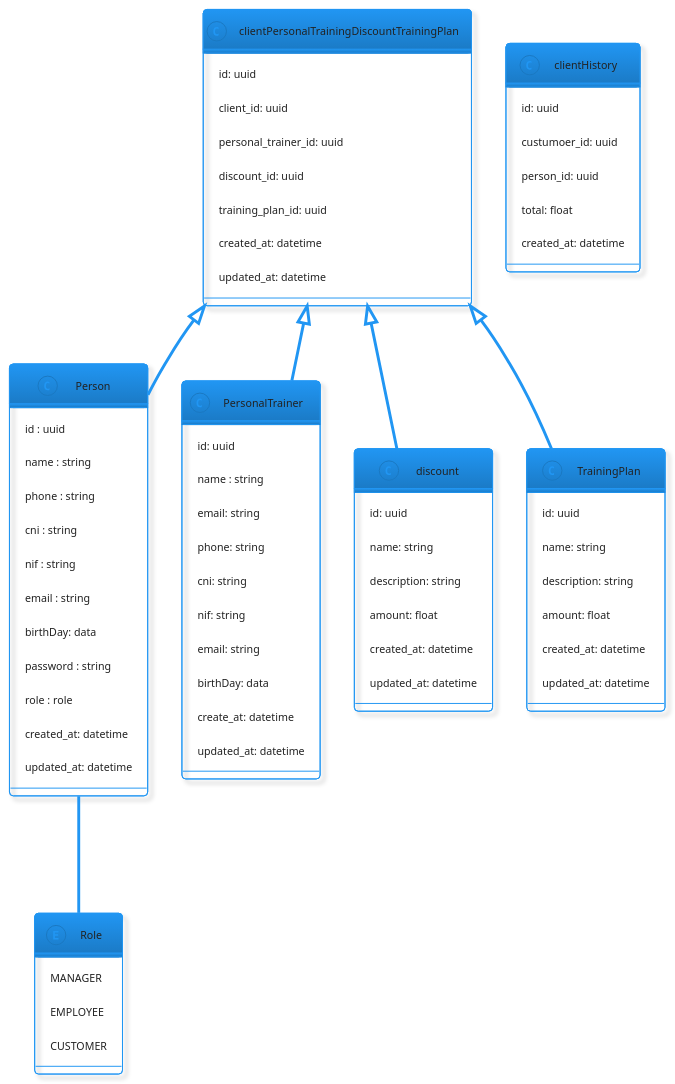
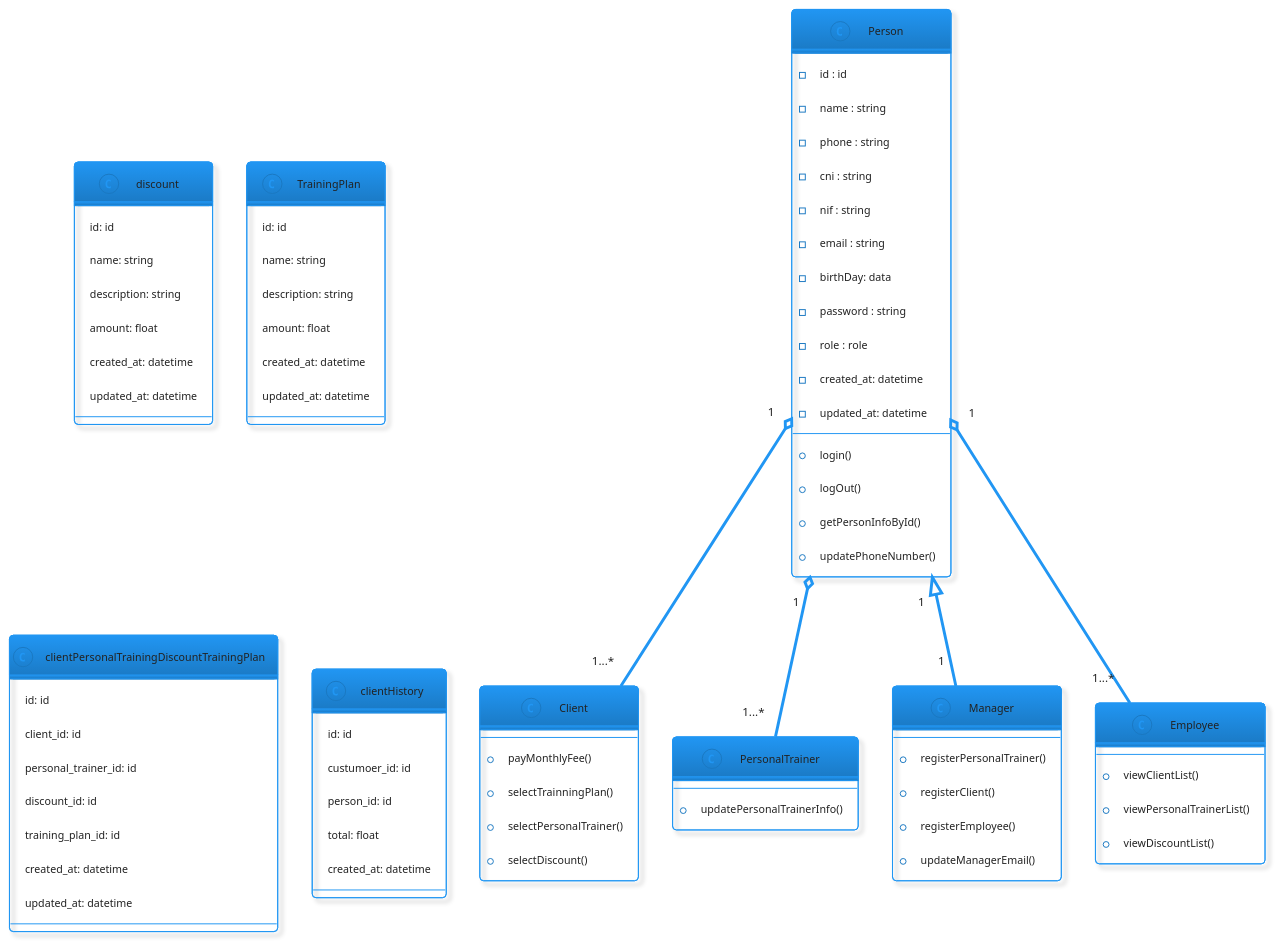
One commit to bosshentai/tccCode changed the diagram in diagram/main/Class/classtes.puml. Above: the diagram before and after it, drawn with PlantUML. The commit also changed 4 other files, not shown here.

Commit message:
some change in the diagram class and some exemple fo class from another work

```diff
--- a/diagram/main/Class/classtes.puml
+++ b/diagram/main/Class/classtes.puml
@@ -1,102 +1,126 @@
 @startuml Nogain
 !theme materia-outline
 
 class Person {
-  id : uuid
-  name : string
-  phone : string
-  cni : string
-  nif : string
-  email : string
-  birthDay: data
-  password : string
-  role : role
-  created_at: datetime
-  updated_at: datetime
-  
-}
+  - id : id
+  -name : string
+  -phone : string
+  -cni : string
+  -nif : string
+  -email : string
+  -birthDay: data
+  -password : string
+  -role : role
+  -created_at: datetime
+  -updated_at: datetime
 
+  +login()
+  +logOut()
+  +getPersonInfoById()
+  +updatePhoneNumber()
 
-' class Client {
-'   id: uuid
-'   name : string
-'   email: string
-'   phone: string
-'   birthDay: data
-'   created_at: datetime
-
-' }
-
-
-
-
-class PersonalTrainer {
-  id: uuid
-  name : string
-  email: string
-  phone: string
-  cni: string
-  nif: string
-  email: string
-  birthDay: data
-  create_at: datetime
-  updated_at: datetime
 
 
 }
 
+
+class Client {
+
+
+
+  +payMonthlyFee()
+  +selectTrainningPlan()
+  +selectPersonalTrainer()
+  +selectDiscount()
+}
+
+
+class PersonalTrainer {
+
+  +updatePersonalTrainerInfo()
+
+}
+
+
+class Manager {
+
+  +registerPersonalTrainer()
+  +registerClient()
+  +registerEmployee()
+  +updateManagerEmail()
+}
+
+
+class Employee {
+
+  +viewClientList()
+  +viewPersonalTrainerList()
+  +viewDiscountList()
+
+
+
+}
+
+
+
 class discount {
-  id: uuid
+  id: id
   name: string
   description: string
   amount: float
   created_at: datetime
   updated_at: datetime
 }
 
 class TrainingPlan {
-  id: uuid
+  id: id
   name: string
   description: string
   amount: float
   created_at: datetime
   updated_at: datetime
 }
 
 
 class clientPersonalTrainingDiscountTrainingPlan {
-  id: uuid
-  client_id: uuid
-  personal_trainer_id: uuid
-  discount_id: uuid
-  training_plan_id: uuid
+  id: id
+  client_id: id
+  personal_trainer_id: id
+  discount_id: id
+  training_plan_id: id
   created_at: datetime
   updated_at: datetime
 }
 
 class clientHistory {
-  id: uuid
-  custumoer_id: uuid
-  person_id: uuid
+  id: id
+  custumoer_id: id
+  person_id: id
   total: float
   created_at: datetime
 }
 
 
-enum Role {
-  MANAGER
-  EMPLOYEE
-  CUSTOMER
-}
+' enum Role {
+'   MANAGER
+'   EMPLOYEE
+'   CUSTOMER
+' }
 
-Person --- Role
+' Person --- Role
+
+
+Person "1" o-- "1...*" Client
+Person "1" o-- "1...*" PersonalTrainer
+Person "1" <|-- "1" Manager
+Person "1" o-- "1...*" Employee
 
 ' clientHistory <|-- Client
 ' clientHistory <|-- Person
 
-clientPersonalTrainingDiscountTrainingPlan <|-- Person
-clientPersonalTrainingDiscountTrainingPlan <|-- PersonalTrainer
-clientPersonalTrainingDiscountTrainingPlan <|-- discount
-clientPersonalTrainingDiscountTrainingPlan <|-- TrainingPlan
+' clientPersonalTrainingDiscountTrainingPlan <|-- Person
+' clientPersonalTrainingDiscountTrainingPlan <|-- PersonalTrainer
+' clientPersonalTrainingDiscountTrainingPlan <|-- discount
+' clientPersonalTrainingDiscountTrainingPlan <|-- TrainingPlan
 
 @enduml
```
